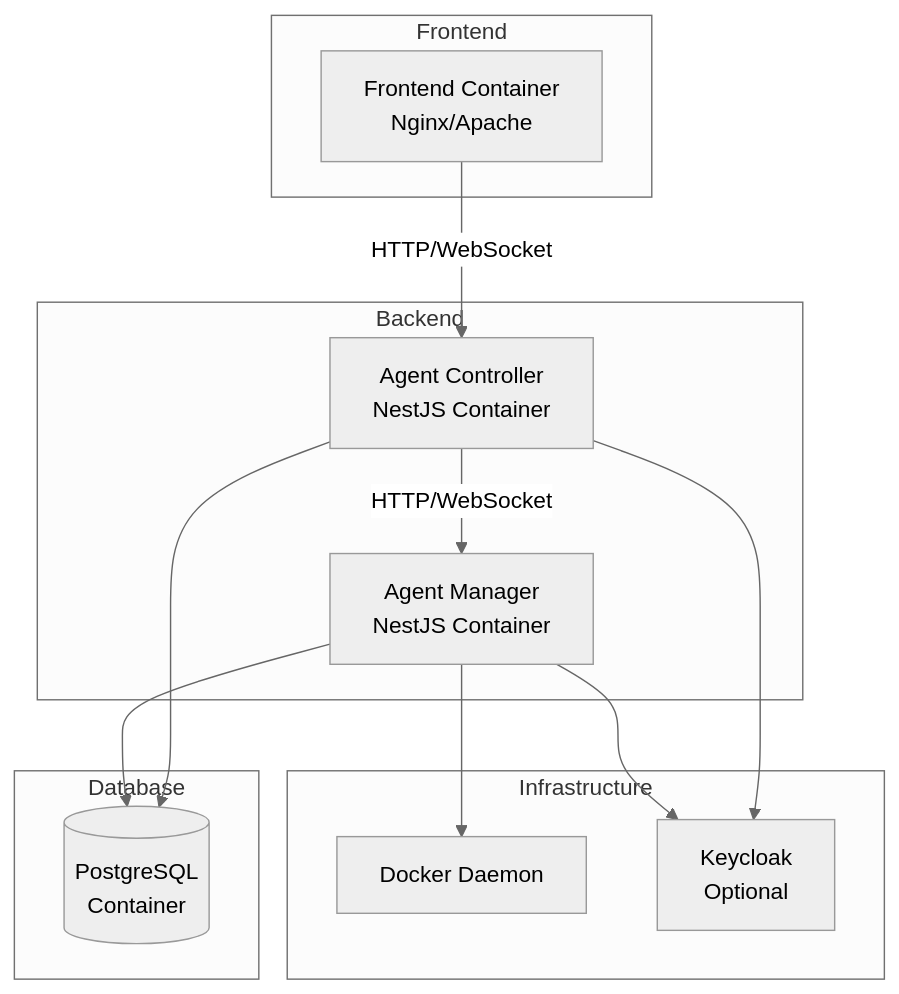
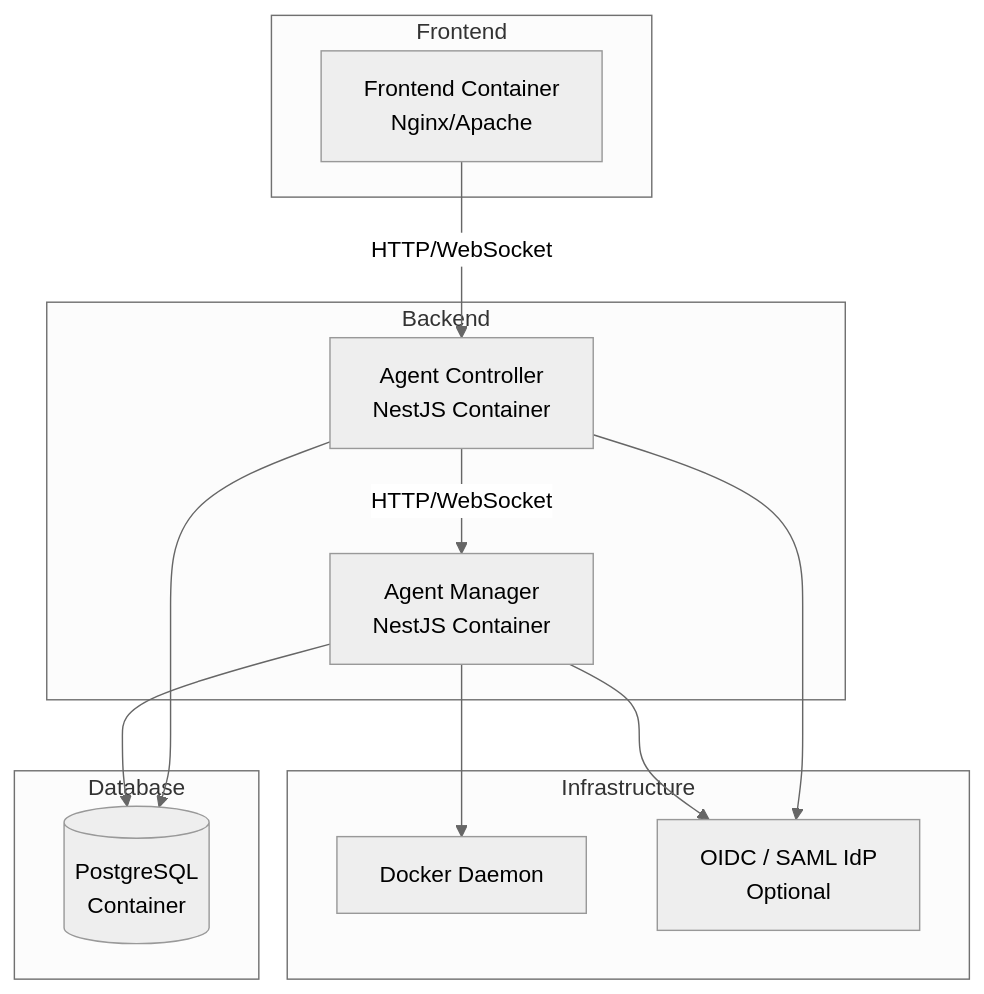
One commit to forepath/one changed the diagram in docs/agenstra/deployment/README.md. Above: the diagram before and after it, drawn with Mermaid (neutral theme). The commit also changed 402 other files, not shown here.

First line of the commit message:
feat(shared)!: native oidc and saml support (#724)

````diff
--- a/docs/agenstra/deployment/README.md
+++ b/docs/agenstra/deployment/README.md
@@ -84,28 +84,28 @@
 ```mermaid
 graph TB
     subgraph "Frontend"
         FE[Frontend Container<br/>Nginx/Apache]
     end
 
     subgraph "Backend"
         AC[Agent Controller<br/>NestJS Container]
         AM[Agent Manager<br/>NestJS Container]
     end
 
     subgraph "Database"
         DB[(PostgreSQL<br/>Container)]
     end
 
     subgraph "Infrastructure"
         DOCKER[Docker Daemon]
-        KEYCLOAK[Keycloak<br/>Optional]
+        IDP[OIDC / SAML IdP<br/>Optional]
     end
 
     FE -->|HTTP/WebSocket| AC
     AC -->|HTTP/WebSocket| AM
     AC --> DB
     AM --> DB
     AM --> DOCKER
-    AC --> KEYCLOAK
-    AM --> KEYCLOAK
+    AC --> IDP
+    AM --> IDP
 ```
````
